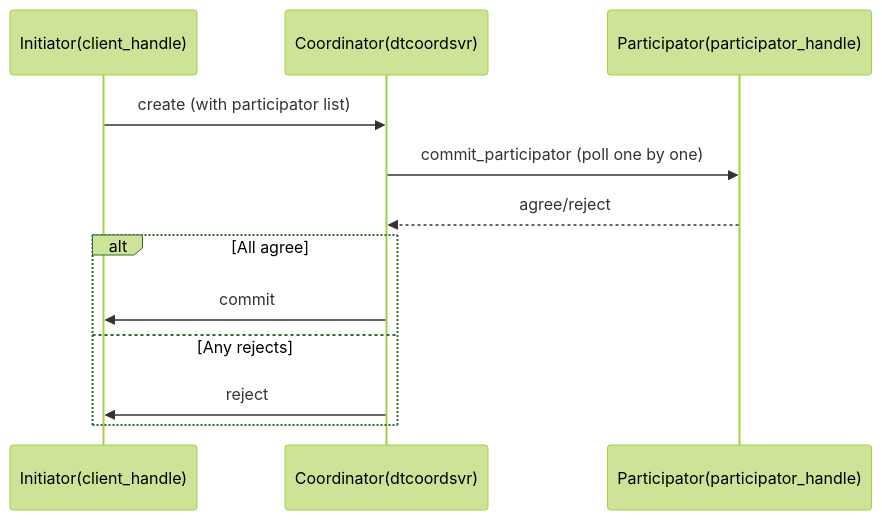
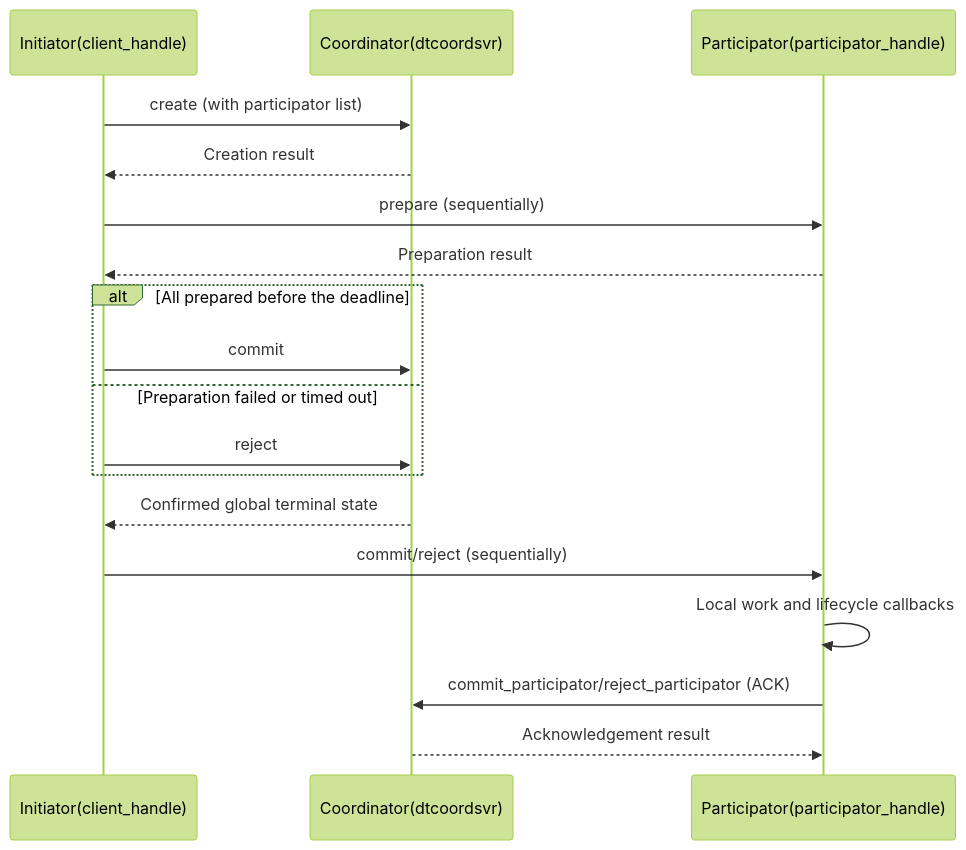
Before and after one commit to atframework/atsf4g-co: the diagram in doc/i18n/en/docusaurus-plugin-content-docs/current/components/distributed-transaction.md, drawn with Mermaid (forest theme). The commit also changed other lines of this file and 20 other files, not shown here.

````diff
--- a/doc/i18n/en/docusaurus-plugin-content-docs/current/components/distributed-transaction.md
+++ b/doc/i18n/en/docusaurus-plugin-content-docs/current/components/distributed-transaction.md
@@ -26,14 +27,20 @@
 ```mermaid
 sequenceDiagram
     participant C as Initiator(client_handle)
     participant D as Coordinator(dtcoordsvr)
     participant P as Participator(participator_handle)
     C->>D: create (with participator list)
-    D->>P: commit_participator (poll one by one)
-    P-->>D: agree/reject
-    alt All agree
-        D->>C: commit
-    else Any rejects
-        D->>C: reject
+    D-->>C: Creation result
+    C->>P: prepare (sequentially)
+    P-->>C: Preparation result
+    alt All prepared before the deadline
+        C->>D: commit
+    else Preparation failed or timed out
+        C->>D: reject
     end
+    D-->>C: Confirmed global terminal state
+    C->>P: commit/reject (sequentially)
+    P->>P: Local work and lifecycle callbacks
+    P->>D: commit_participator/reject_participator (ACK)
+    D-->>P: Acknowledgement result
 ```
````
